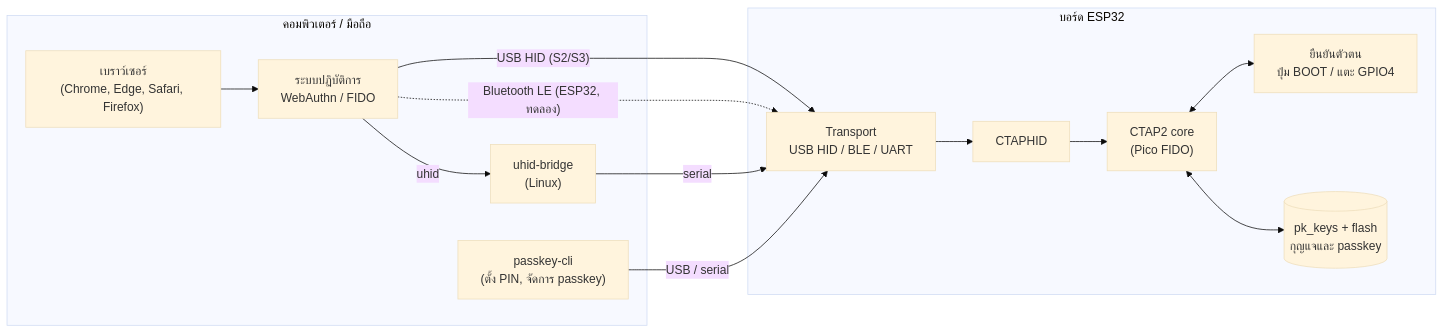
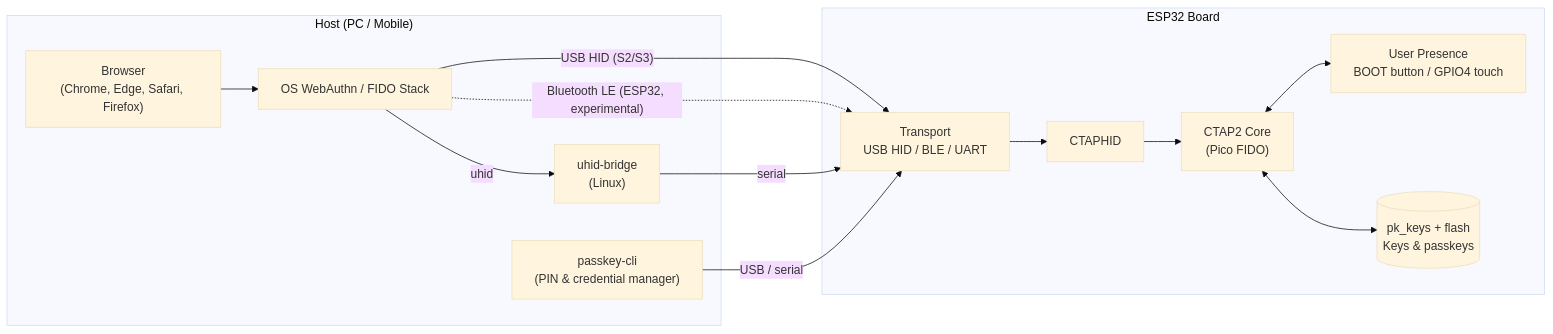
The first of 4 diagrams in README.md (ffe111/esp32-passkey), drawn with Mermaid (base theme) before and after one commit. The commit also changed other lines of this file and 1 other file, not shown here.

````diff
--- a/README.md
+++ b/README.md
@@ -35,26 +46,26 @@
 ```mermaid
 flowchart LR
-    subgraph PC["คอมพิวเตอร์ / มือถือ"]
-        B["เบราว์เซอร์<br/>(Chrome, Edge, Safari, Firefox)"]
-        OS["ระบบปฏิบัติการ<br/>WebAuthn / FIDO"]
-        CLI["passkey-cli<br/>(ตั้ง PIN, จัดการ passkey)"]
+    subgraph PC["Host (PC / Mobile)"]
+        B["Browser<br/>(Chrome, Edge, Safari, Firefox)"]
+        OS["OS WebAuthn / FIDO Stack"]
+        CLI["passkey-cli<br/>(PIN & credential manager)"]
         BR["uhid-bridge<br/>(Linux)"]
         B --> OS
     end
 
-    subgraph KEY["บอร์ด ESP32"]
+    subgraph KEY["ESP32 Board"]
         T["Transport<br/>USB HID / BLE / UART"]
         C["CTAPHID"]
-        CORE["CTAP2 core<br/>(Pico FIDO)"]
-        UP["ยืนยันตัวตน<br/>ปุ่ม BOOT / แตะ GPIO4"]
-        ST[("pk_keys + flash<br/>กุญแจและ passkey")]
+        CORE["CTAP2 Core<br/>(Pico FIDO)"]
+        UP["User Presence<br/>BOOT button / GPIO4 touch"]
+        ST[("pk_keys + flash<br/>Keys & passkeys")]
         T --> C --> CORE
         CORE <--> UP
         CORE <--> ST
     end
 
     OS -- "USB HID (S2/S3)" --> T
-    OS -. "Bluetooth LE (ESP32, ทดลอง)" .-> T
+    OS -. "Bluetooth LE (ESP32, experimental)" .-> T
     OS -- "uhid" --> BR -- "serial" --> T
     CLI -- "USB / serial" --> T
 ```
````
